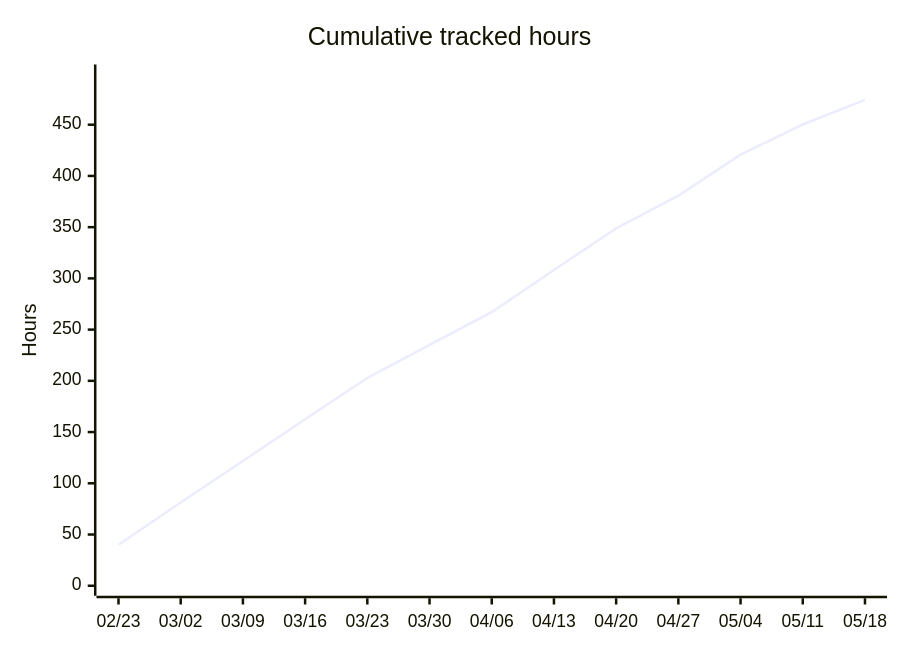
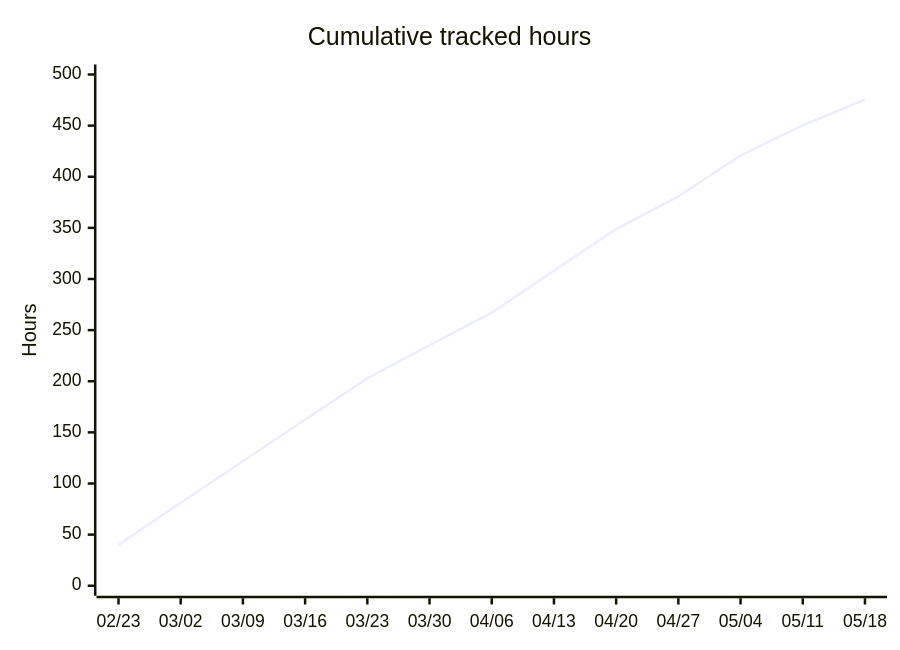
Before and after one commit to albinforsberg-netizen/timeclock: the fifth of 5 diagrams in README.org, drawn with Mermaid. The commit also changed other lines of this file, not shown here.

```diff
--- a/README.org
+++ b/README.org
@@ -125,7 +125,7 @@
 #+begin_src mermaid
 xychart-beta
     title "Cumulative tracked hours"
     x-axis ["02/23", "03/02", "03/09", "03/16", "03/23", "03/30", "04/06", "04/13", "04/20", "04/27", "05/04", "05/11", "05/18"]
-    y-axis "Hours" 0 --> 499
-    line [40.00, 81.25, 121.75, 162.50, 202.75, 235.19, 267.03, 308.11, 348.83, 380.71, 420.81, 450.20, 474.29]
+    y-axis "Hours" 0 --> 500
+    line [40.00, 81.25, 121.75, 162.50, 202.75, 235.19, 267.03, 308.11, 348.83, 380.71, 420.81, 450.20, 475.41]
 #+end_src
```
